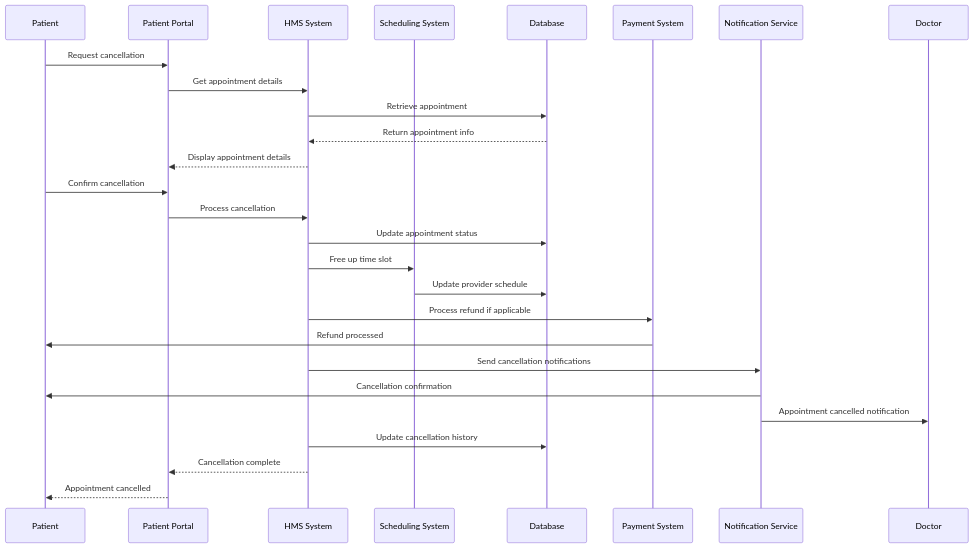
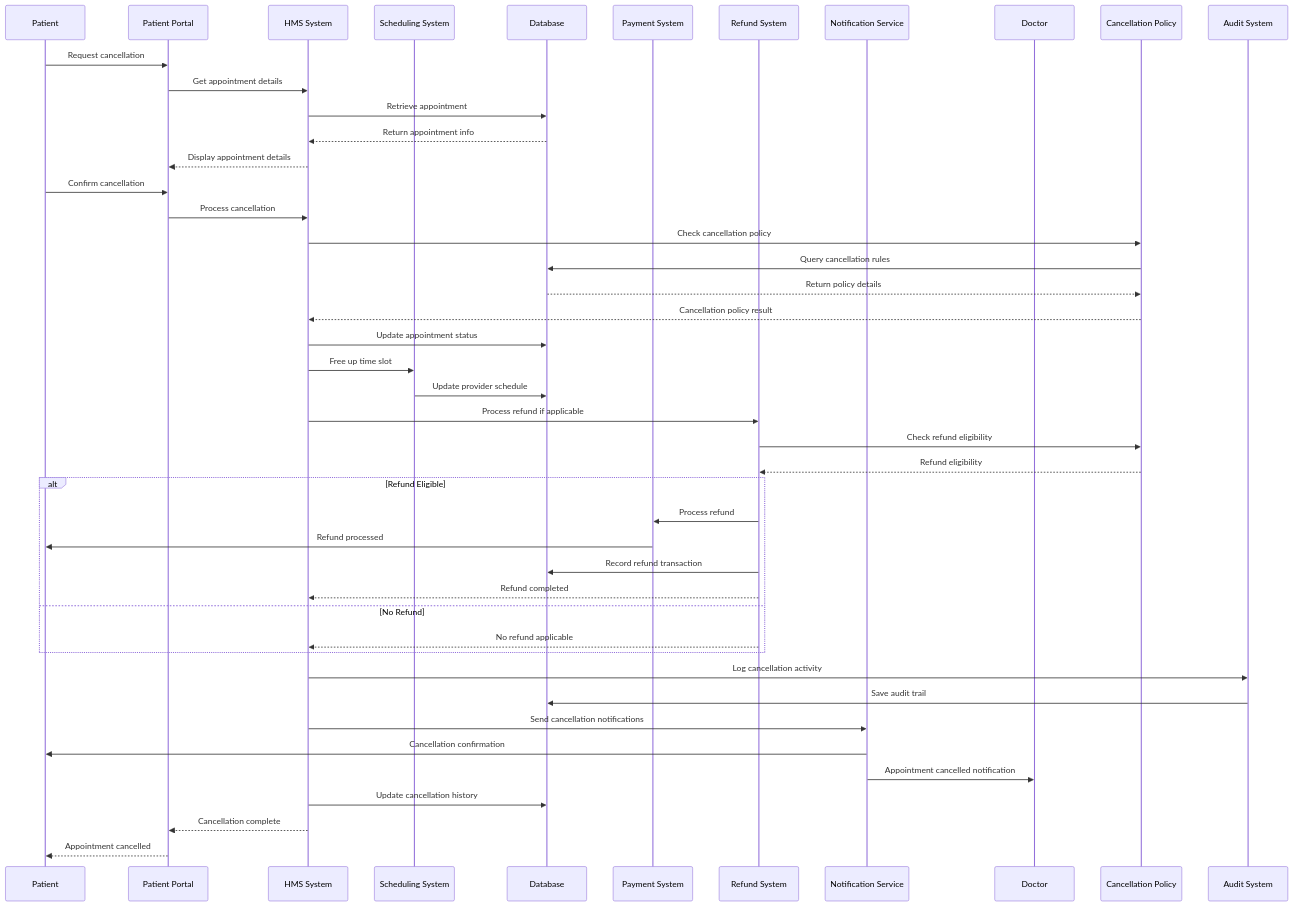
The fifth of 11 diagrams in sequence-diagrams/appointment-scheduling-sequence.md (harcop/limises), drawn with Mermaid before and after one commit. The commit also changed other lines of this file and 16 other files, not shown here.

````diff
--- a/sequence-diagrams/appointment-scheduling-sequence.md
+++ b/sequence-diagrams/appointment-scheduling-sequence.md
@@ -153,30 +197,48 @@
 ```mermaid
 sequenceDiagram
     participant P as Patient
     participant PORTAL as Patient Portal
     participant HMS as HMS System
     participant SCHED as Scheduling System
     participant DB as Database
     participant PAY as Payment System
+    participant REFUND as Refund System
     participant NOT as Notification Service
     participant DR as Doctor
+    participant POLICY as Cancellation Policy
+    participant AUDIT as Audit System
 
     P->>PORTAL: Request cancellation
     PORTAL->>HMS: Get appointment details
     HMS->>DB: Retrieve appointment
     DB-->>HMS: Return appointment info
     HMS-->>PORTAL: Display appointment details
     P->>PORTAL: Confirm cancellation
     PORTAL->>HMS: Process cancellation
+    HMS->>POLICY: Check cancellation policy
+    POLICY->>DB: Query cancellation rules
+    DB-->>POLICY: Return policy details
+    POLICY-->>HMS: Cancellation policy result
     HMS->>DB: Update appointment status
     HMS->>SCHED: Free up time slot
     SCHED->>DB: Update provider schedule
-    HMS->>PAY: Process refund if applicable
-    PAY->>P: Refund processed
+    HMS->>REFUND: Process refund if applicable
+    REFUND->>POLICY: Check refund eligibility
+    POLICY-->>REFUND: Refund eligibility
+    alt Refund Eligible
+        REFUND->>PAY: Process refund
+        PAY->>P: Refund processed
+        REFUND->>DB: Record refund transaction
+        REFUND-->>HMS: Refund completed
+    else No Refund
+        REFUND-->>HMS: No refund applicable
+    end
+    HMS->>AUDIT: Log cancellation activity
+    AUDIT->>DB: Save audit trail
     HMS->>NOT: Send cancellation notifications
     NOT->>P: Cancellation confirmation
     NOT->>DR: Appointment cancelled notification
     HMS->>DB: Update cancellation history
     HMS-->>PORTAL: Cancellation complete
     PORTAL-->>P: Appointment cancelled
 ```
````
